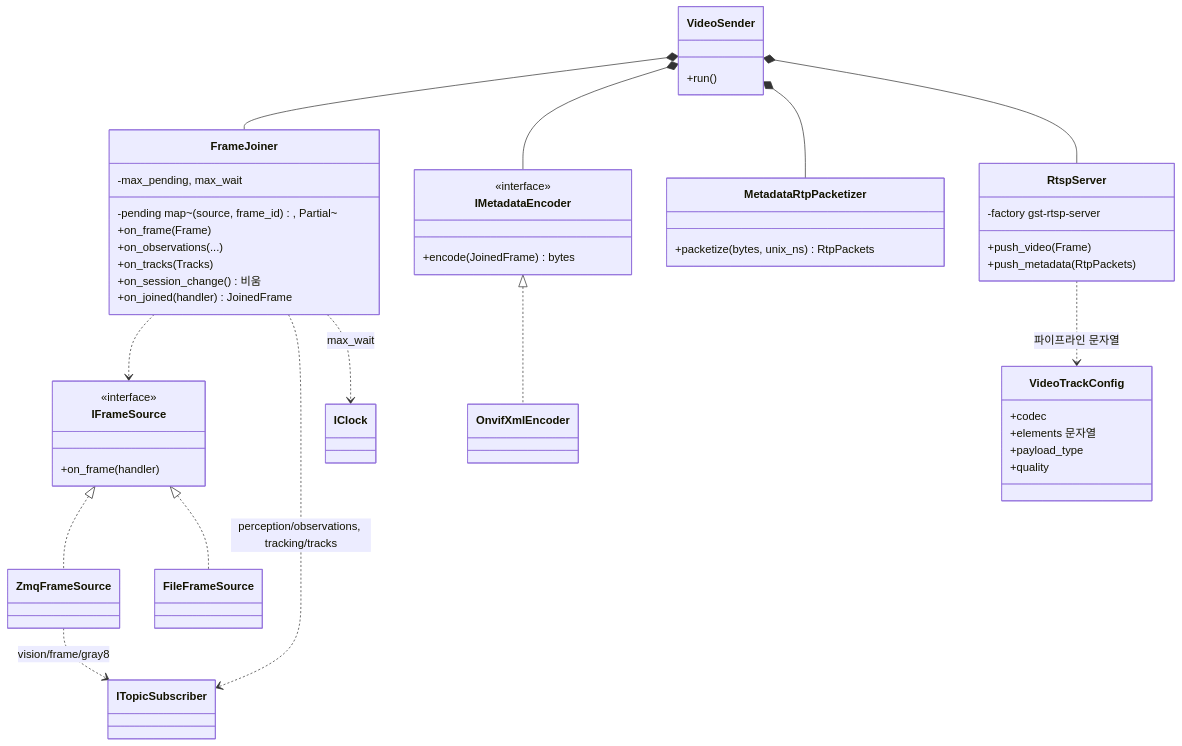
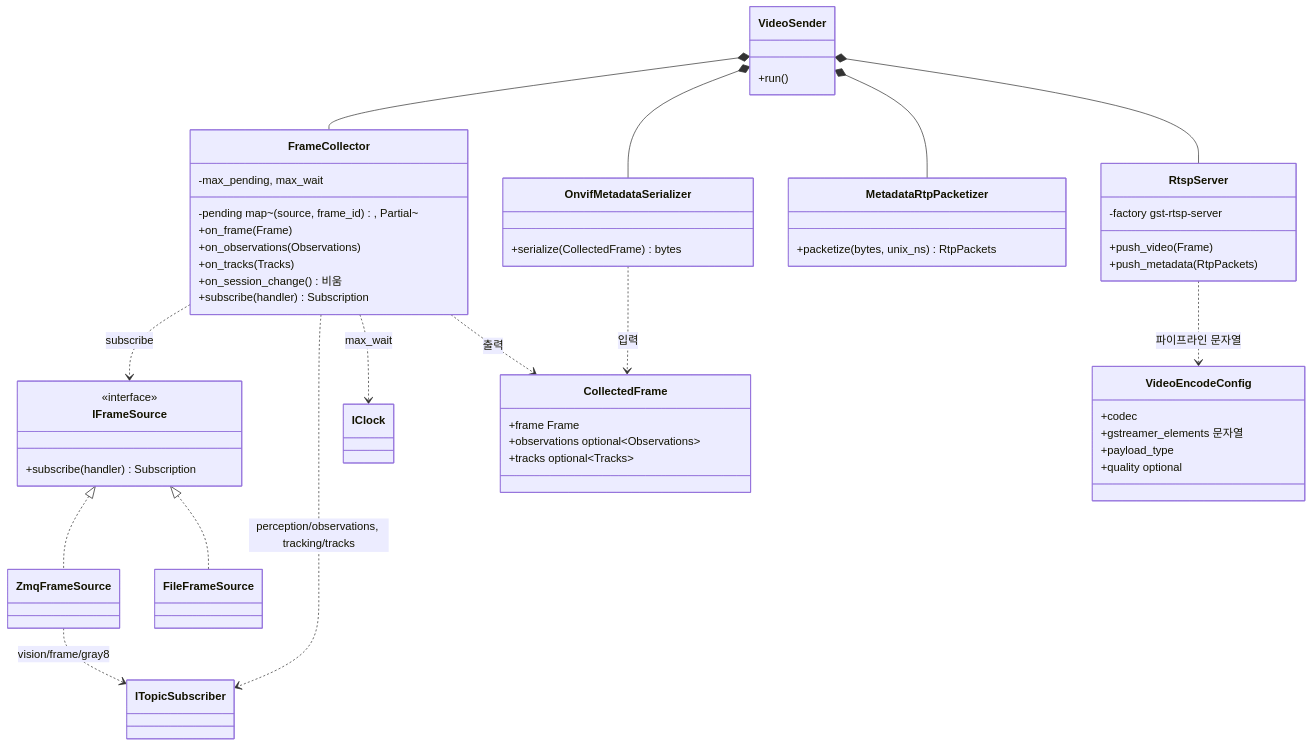
One commit to lig-argus/argus-edge-vision changed the first of 2 diagrams in docs/design/uml/class_video.md. Above: the diagram before and after it, drawn with Mermaid. The commit also changed other lines of this file and 3 other files, not shown here.

First line of the commit message:
docs: class_video 를 perception_api, 영상 송신부 인터페이스 코드와 맞춤

````diff
--- a/docs/design/uml/class_video.md
+++ b/docs/design/uml/class_video.md
@@ -11,53 +12,57 @@
 ```mermaid
 classDiagram
     class IFrameSource {
         <<interface>>
-        +on_frame(handler)
+        +subscribe(handler) Subscription
     }
     class ZmqFrameSource
     class FileFrameSource
-    class FrameJoiner {
+    class FrameCollector {
         -pending map~(source, frame_id), Partial~
         -max_pending, max_wait
         +on_frame(Frame)
-        +on_observations(...)
+        +on_observations(Observations)
         +on_tracks(Tracks)
         +on_session_change() 비움
-        +on_joined(handler) JoinedFrame
+        +subscribe(handler) Subscription
     }
-    class IMetadataEncoder {
-        <<interface>>
-        +encode(JoinedFrame) bytes
+    class CollectedFrame {
+        +frame Frame
+        +observations optional~Observations~
+        +tracks optional~Tracks~
     }
-    class OnvifXmlEncoder
+    class OnvifMetadataSerializer {
+        +serialize(CollectedFrame) bytes
+    }
     class MetadataRtpPacketizer {
         +packetize(bytes, unix_ns) RtpPackets
     }
-    class VideoTrackConfig {
+    class VideoEncodeConfig {
         +codec
-        +elements 문자열
+        +gstreamer_elements 문자열
         +payload_type
-        +quality
+        +quality optional
     }
     class RtspServer {
         -factory gst-rtsp-server
         +push_video(Frame)
         +push_metadata(RtpPackets)
     }
     class VideoSender {
         +run()
     }
 
     IFrameSource <|.. ZmqFrameSource
     IFrameSource <|.. FileFrameSource
-    IMetadataEncoder <|.. OnvifXmlEncoder
     ZmqFrameSource ..> ITopicSubscriber : vision/frame/gray8
-    FrameJoiner ..> IFrameSource
-    FrameJoiner ..> ITopicSubscriber : perception/observations, tracking/tracks
-    FrameJoiner ..> IClock : max_wait
-    VideoSender *-- FrameJoiner
-    VideoSender *-- IMetadataEncoder
+    FrameCollector ..> IFrameSource : subscribe
+    FrameCollector ..> ITopicSubscriber : perception/observations, tracking/tracks
+    FrameCollector ..> IClock : max_wait
+    FrameCollector ..> CollectedFrame : 출력
+    OnvifMetadataSerializer ..> CollectedFrame : 입력
+    VideoSender *-- FrameCollector
+    VideoSender *-- OnvifMetadataSerializer
     VideoSender *-- MetadataRtpPacketizer
     VideoSender *-- RtspServer
-    RtspServer ..> VideoTrackConfig : 파이프라인 문자열
+    RtspServer ..> VideoEncodeConfig : 파이프라인 문자열
 ```
````
